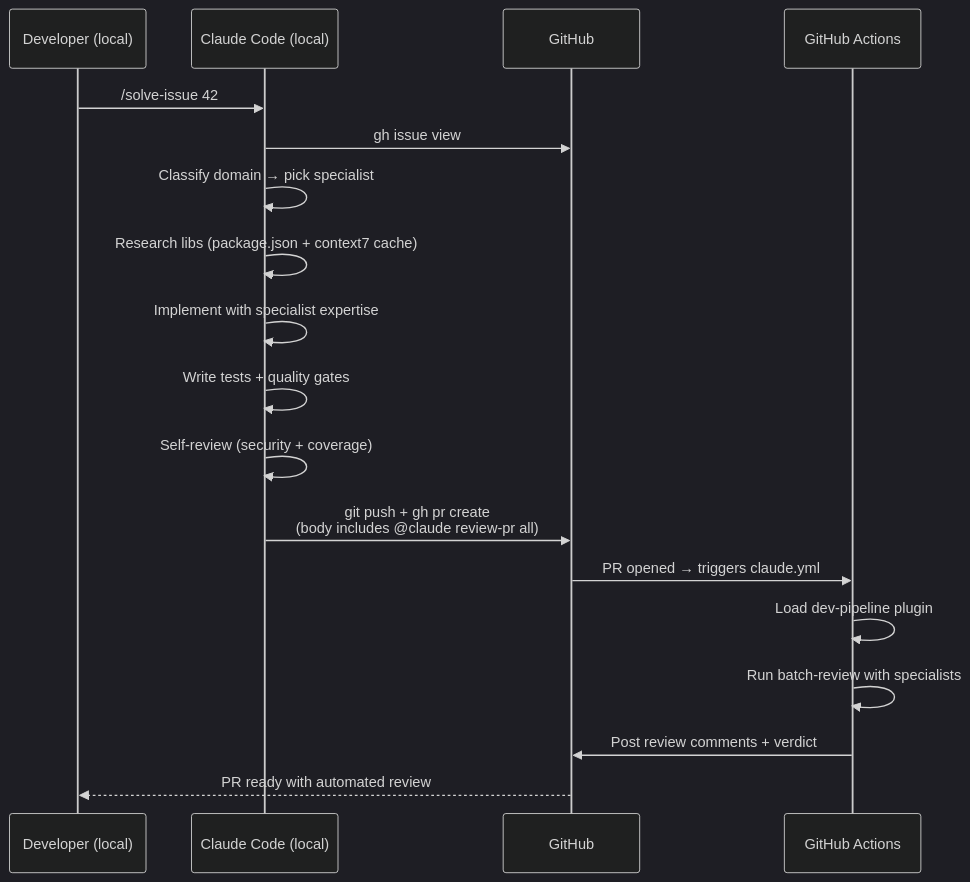
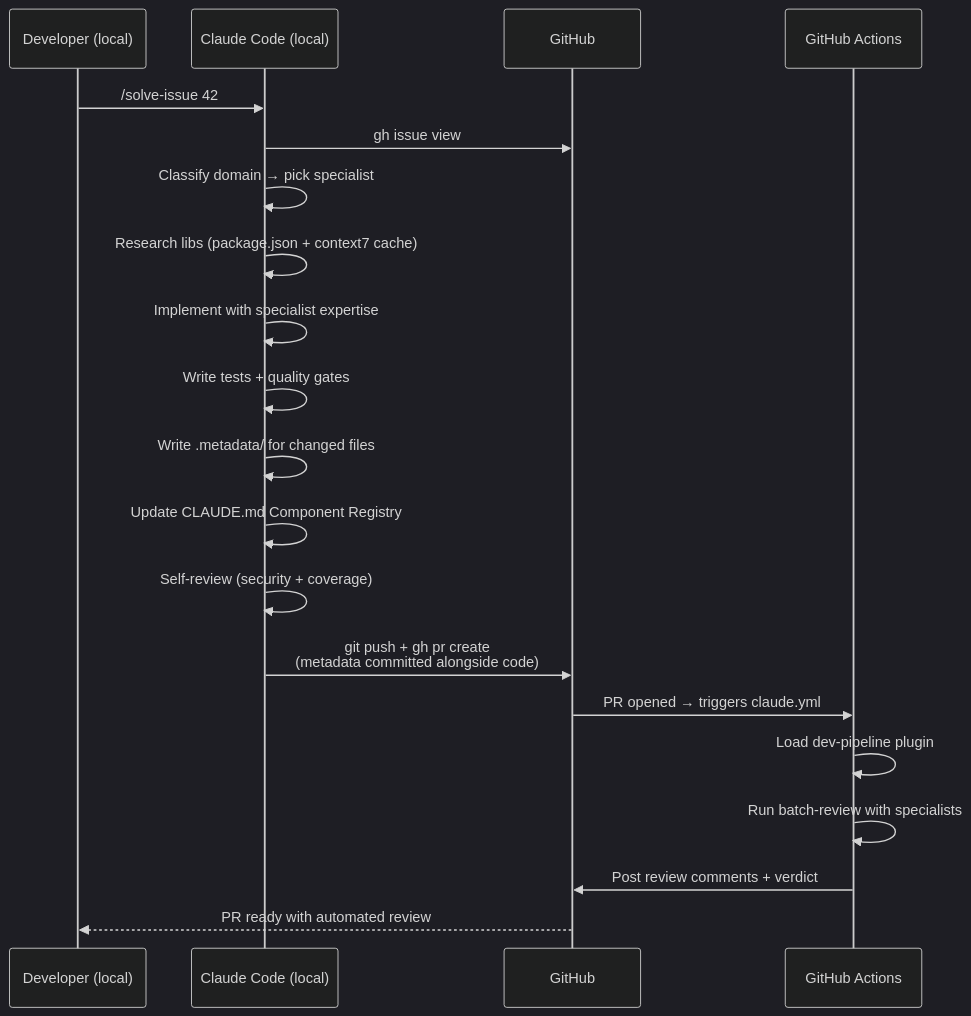
Before and after one commit to lucianfialho/atomic-gates: the fifth of 5 diagrams in README.md, drawn with Mermaid (dark theme). The commit also changed other lines of this file and 5 other files, not shown here.

````diff
--- a/README.md
+++ b/README.md
@@ -123,21 +166,23 @@
 ```mermaid
 sequenceDiagram
     participant Dev as Developer (local)
     participant CC as Claude Code (local)
     participant GH as GitHub
     participant GHA as GitHub Actions
 
     Dev->>CC: /solve-issue 42
     CC->>GH: gh issue view #42
     CC->>CC: Classify domain → pick specialist
     CC->>CC: Research libs (package.json + context7 cache)
     CC->>CC: Implement with specialist expertise
     CC->>CC: Write tests + quality gates
+    CC->>CC: Write .metadata/ for changed files
+    CC->>CC: Update CLAUDE.md Component Registry
     CC->>CC: Self-review (security + coverage)
-    CC->>GH: git push + gh pr create<br/>(body includes @claude review-pr all)
+    CC->>GH: git push + gh pr create<br/>(metadata committed alongside code)
     GH->>GHA: PR opened → triggers claude.yml
     GHA->>GHA: Load dev-pipeline plugin
     GHA->>GHA: Run batch-review with specialists
     GHA->>GH: Post review comments + verdict
     GH-->>Dev: PR ready with automated review
 ```
````
